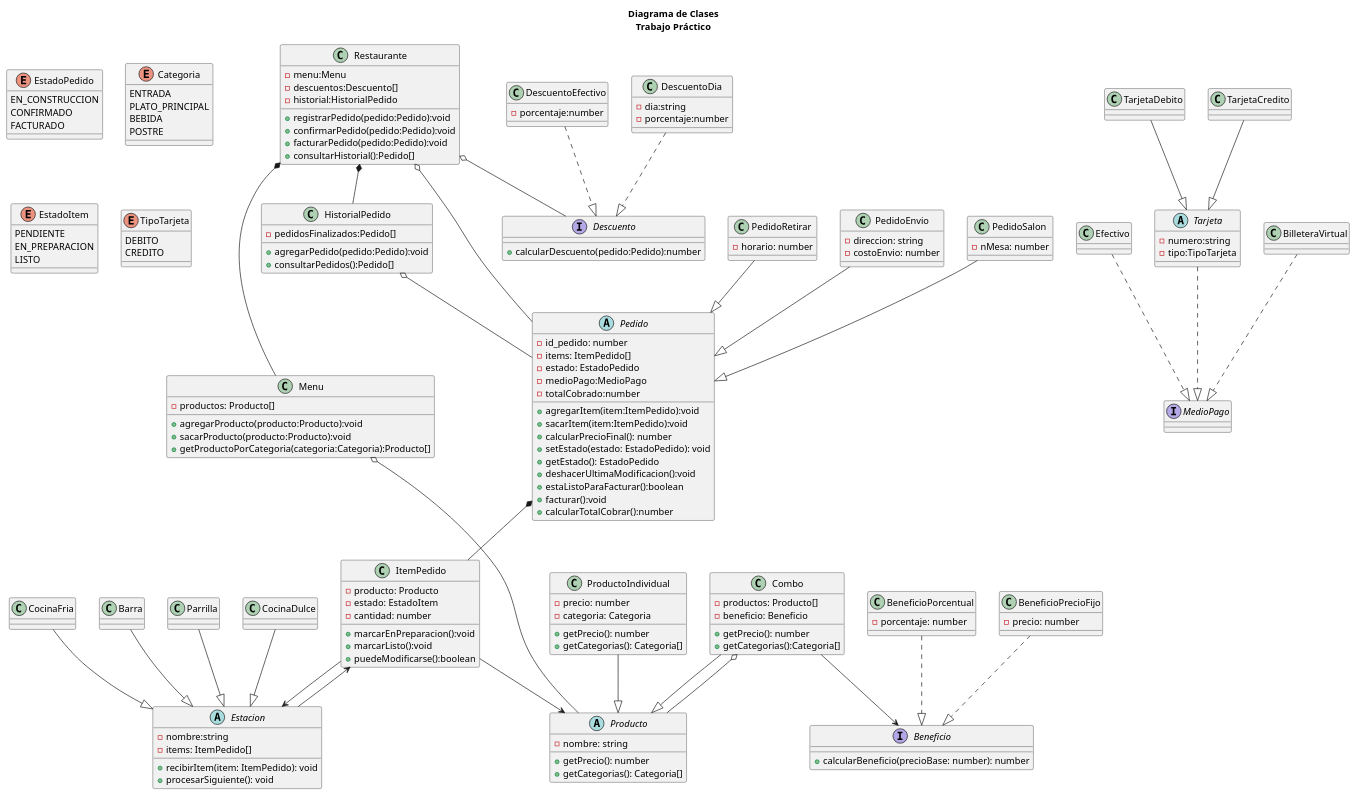
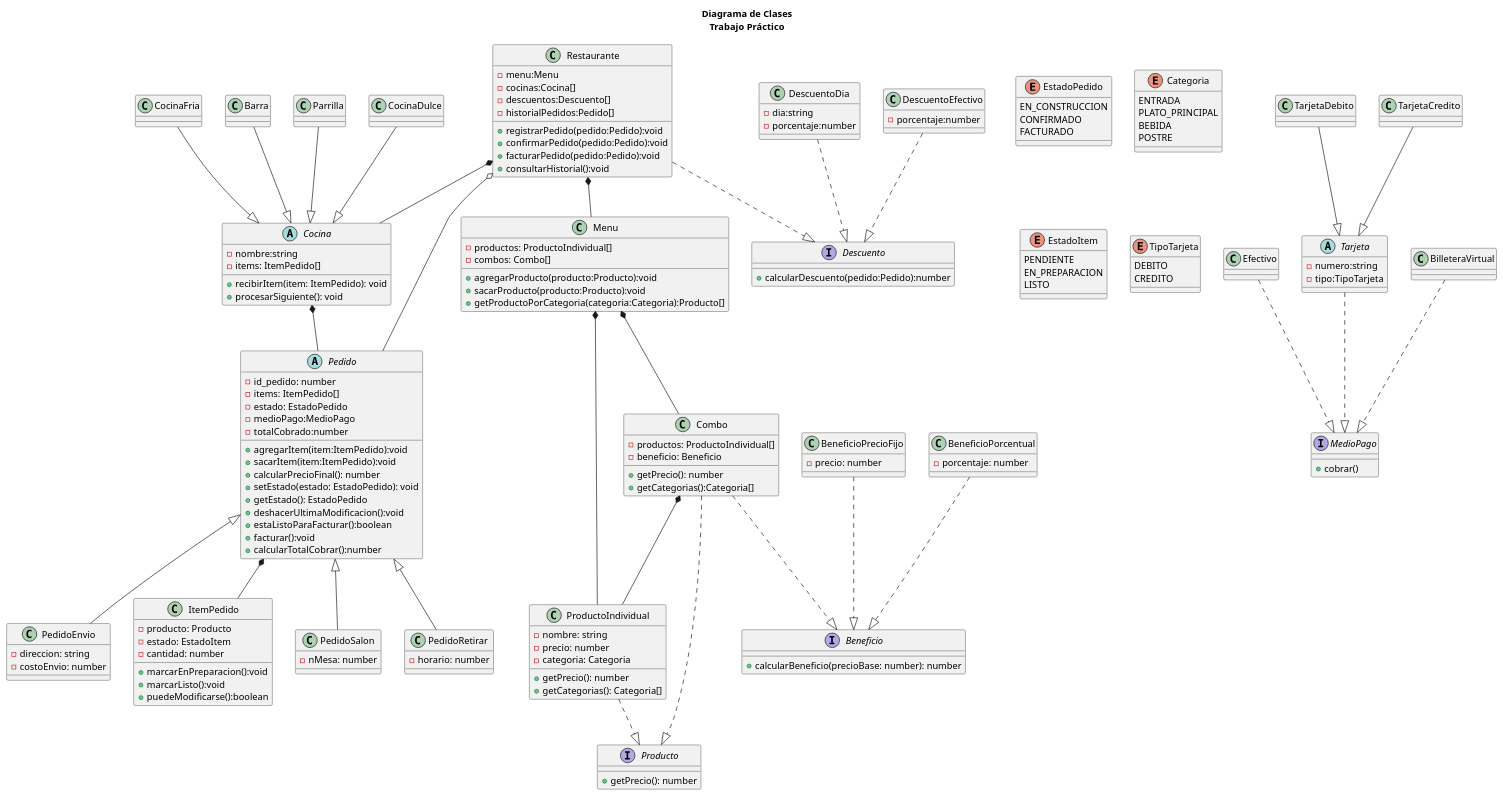
Before and after one commit to crstian8819/tp-grupo-11: the diagram in diagrama/diagrama.puml, drawn with PlantUML.

Commit message:
Modificacion del Diagrama de clases. Cambios en relaciones entre clases e interfaces

```diff
--- a/diagrama/diagrama.puml
+++ b/diagrama/diagrama.puml
@@ -26,18 +26,19 @@
     '-------------Restaurante-Sistema-----------------------
     class Restaurante{
         -menu:Menu
+        -cocinas:Cocina[]
         -descuentos:Descuento[]
-        -historial:HistorialPedido
+        -historialPedidos:Pedido[]
 
         +registrarPedido(pedido:Pedido):void
         +confirmarPedido(pedido:Pedido):void
         +facturarPedido(pedido:Pedido):void
-        +consultarHistorial():Pedido[]
+        +consultarHistorial():void
     }
     Restaurante *-- Menu
-    Restaurante *-- HistorialPedido
+    Restaurante *-- Cocina
     Restaurante o-- Pedido
-    Restaurante o-- Descuento
+    Restaurante ..|> Descuento
 
 
 
@@ -76,9 +77,9 @@
         -costoEnvio: number
     }
 
-    PedidoSalon --|> Pedido
-    PedidoRetirar --|> Pedido
-    PedidoEnvio --|> Pedido
+    PedidoSalon -u-|> Pedido
+    PedidoRetirar -u-|> Pedido
+    PedidoEnvio -u-|> Pedido
 
     Pedido *-- ItemPedido
 
@@ -86,21 +87,21 @@
     '------------ MENU / PRODUCTOS -------------
 
     class Menu {
-        -productos: Producto[]
+        -productos: ProductoIndividual[]
+        -combos: Combo[]
 
         +agregarProducto(producto:Producto):void
         +sacarProducto(producto:Producto):void
         +getProductoPorCategoria(categoria:Categoria):Producto[]
     }
 
-    abstract class Producto {
-        -nombre: string
+    interface Producto {
 
         +getPrecio(): number
-        +getCategorias(): Categoria[]
     }
 
     class ProductoIndividual {
+        -nombre: string
         -precio: number
         -categoria: Categoria
 
@@ -109,17 +110,18 @@
     }
 
     class Combo  {
-        -productos: Producto[]
+        -productos: ProductoIndividual[]
         -beneficio: Beneficio
 
         +getPrecio(): number
         +getCategorias():Categoria[]
     }
 
-    ProductoIndividual --|> Producto
-    Combo --|> Producto
-    Menu o-- Producto
-    Combo o-- Producto
+    ProductoIndividual ..|> Producto
+    Menu *-- ProductoIndividual
+    Menu *-- Combo
+    Combo *-- ProductoIndividual
+    Combo ..|> Producto
 
 
     '------------------ BENEFICIOS -----------------
@@ -139,7 +141,7 @@
     BeneficioPorcentual ..|> Beneficio
     BeneficioPrecioFijo ..|> Beneficio
 
-    Combo --> Beneficio
+    Combo ..|> Beneficio
 
 
     '------------------ ITEMS -----------------
@@ -155,13 +157,11 @@
         +puedeModificarse():boolean
     }
 
-    ItemPedido --> Producto
-    ItemPedido --> Estacion
 
 
     '--------------------- COCINA ----------------------
 
-    abstract class Estacion {
+    abstract class Cocina {
         -nombre:string
         -items: ItemPedido[]
 
@@ -174,14 +174,14 @@
     class CocinaFria{}
     class Barra{}
 
-    Parrilla --|> Estacion
-    CocinaDulce --|> Estacion
-    CocinaFria --|> Estacion
-    Barra --|> Estacion
-    Estacion --> ItemPedido
+    Parrilla --|> Cocina
+    CocinaDulce --|> Cocina
+    CocinaFria --|> Cocina
+    Barra --|> Cocina
+    Cocina *-- Pedido
     '------------------- MedioPago ------------------------
     interface MedioPago{
-        
+        +cobrar()
     }
     class Efectivo{}
     abstract class Tarjeta{
@@ -210,11 +210,5 @@
     }
     DescuentoEfectivo ..|> Descuento
     DescuentoDia ..|> Descuento
-    '-------------------- Historial------------------------
-    class HistorialPedido{
-        -pedidosFinalizados:Pedido[]
-        +agregarPedido(pedido:Pedido):void
-        +consultarPedidos():Pedido[]
-    }
-    HistorialPedido o-- Pedido
+
 @enduml
```
